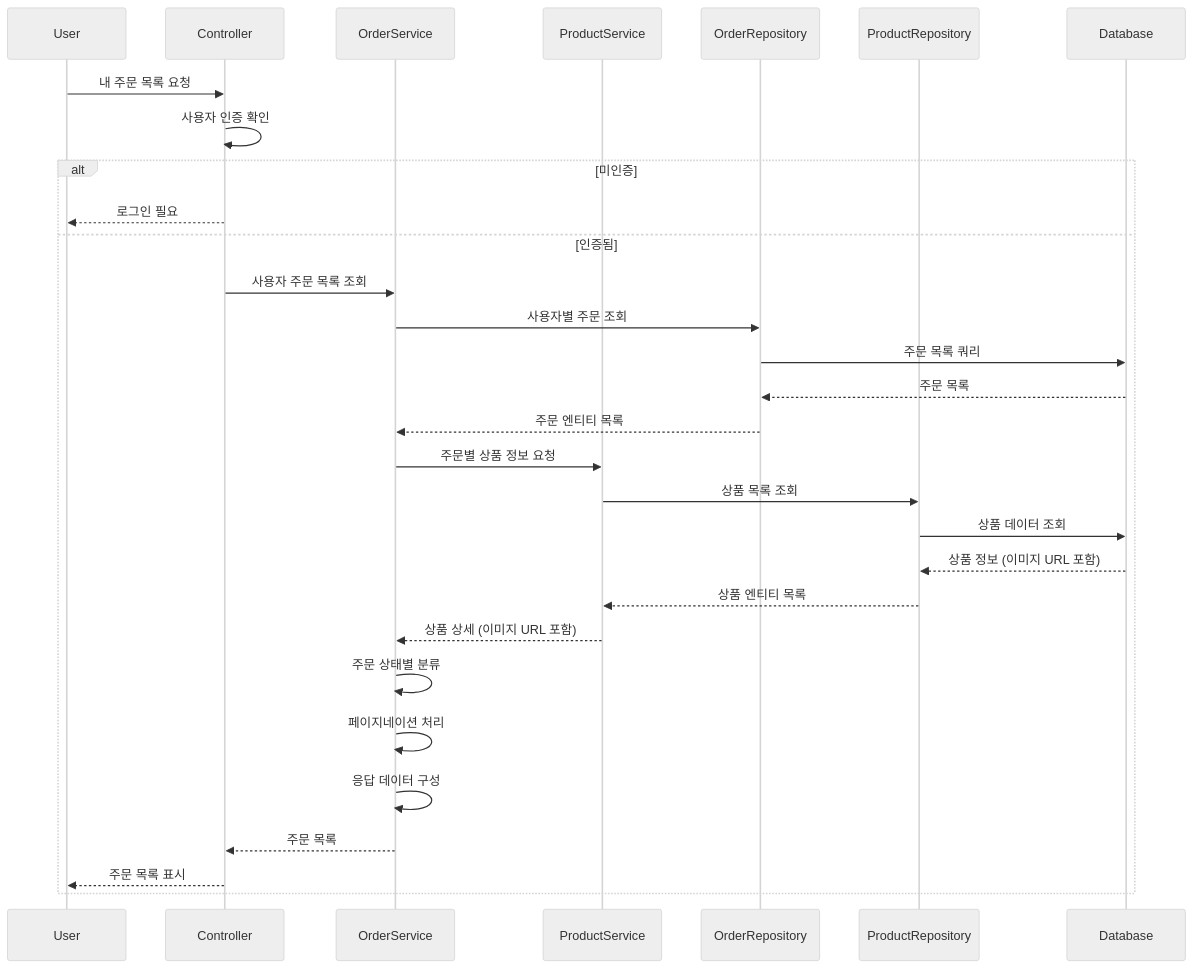
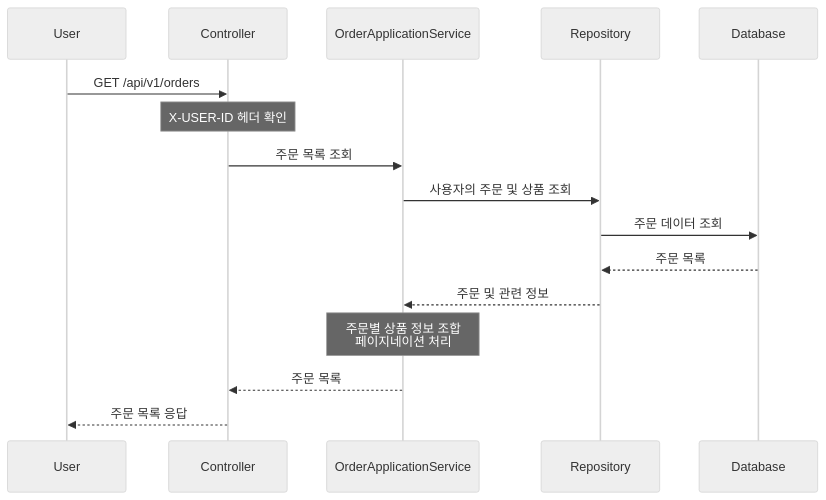
The ninth of 10 diagrams in docs/design/02-sequence-diagrams.md (h2jinee/loopers), drawn with Mermaid (neutral theme) before and after one commit. The commit also changed other lines of this file and 3 other files, not shown here.

````diff
--- a/docs/design/02-sequence-diagrams.md
+++ b/docs/design/02-sequence-diagrams.md
@@ -439,39 +265,22 @@
 ```mermaid
 sequenceDiagram
     participant U as User
     participant C as Controller
-    participant OS as OrderService
-    participant PS as ProductService
-    participant OR as OrderRepository
-    participant PR as ProductRepository
+    participant AS as OrderApplicationService
+    participant Repo as Repository
     participant DB as Database
 
-    U->>C: 내 주문 목록 요청
-    C->>C: 사용자 인증 확인
+    U->>C: GET /api/v1/orders
+    Note over C: X-USER-ID 헤더 확인
+    C->>AS: 주문 목록 조회
     
-    alt 미인증
-        C-->>U: 로그인 필요
-    else 인증됨
-        C->>OS: 사용자 주문 목록 조회
-        
-        OS->>OR: 사용자별 주문 조회
-        OR->>DB: 주문 목록 쿼리
-        DB-->>OR: 주문 목록
-        OR-->>OS: 주문 엔티티 목록
-        
-        OS->>PS: 주문별 상품 정보 요청
-        PS->>PR: 상품 목록 조회
-        PR->>DB: 상품 데이터 조회
-        DB-->>PR: 상품 정보 (이미지 URL 포함)
-        PR-->>PS: 상품 엔티티 목록
-        
-        PS-->>OS: 상품 상세 (이미지 URL 포함)
-        
-        OS->>OS: 주문 상태별 분류
-        OS->>OS: 페이지네이션 처리
-        OS->>OS: 응답 데이터 구성
-        
-        OS-->>C: 주문 목록
-        C-->>U: 주문 목록 표시
-    end
+    AS->>Repo: 사용자의 주문 및 상품 조회
+    Repo->>DB: 주문 데이터 조회
+    DB-->>Repo: 주문 목록
+    Repo-->>AS: 주문 및 관련 정보
+    
+    Note over AS: 주문별 상품 정보 조합<br/>페이지네이션 처리
+    
+    AS-->>C: 주문 목록
+    C-->>U: 주문 목록 응답
 ```
````
